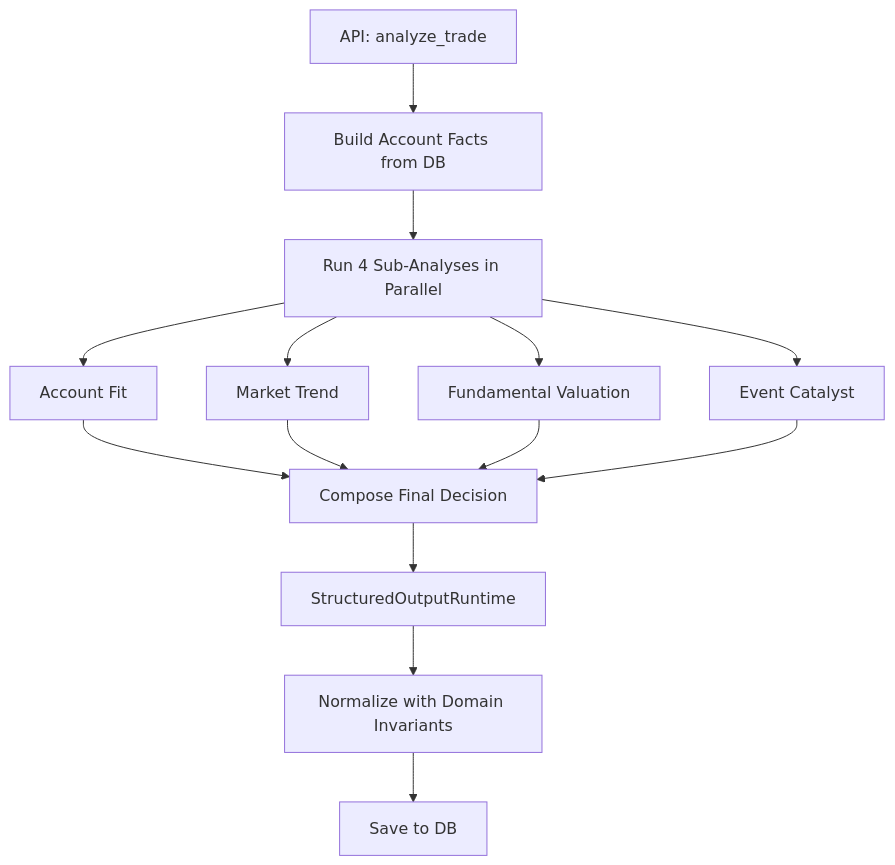
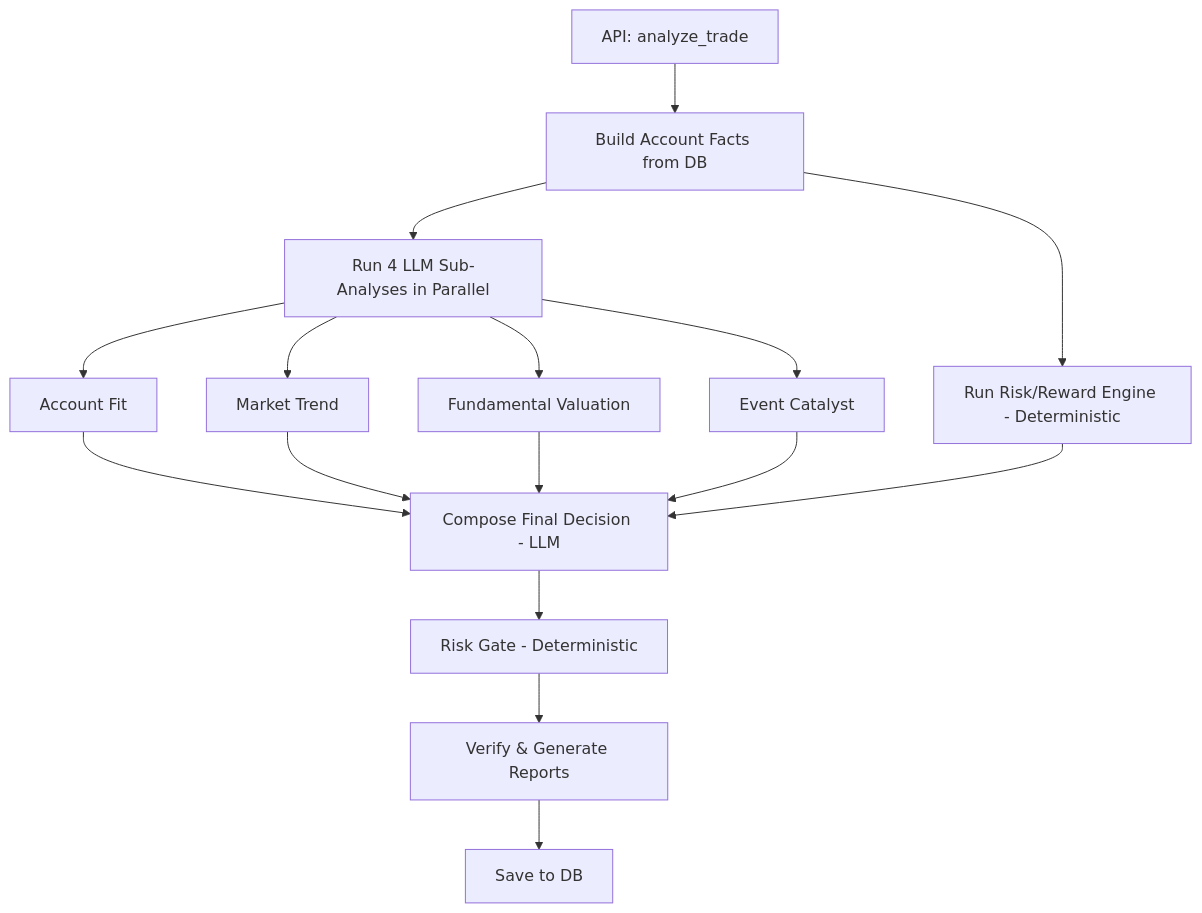
The first of 2 diagrams in docs/docs/agents/trade-decision.md (XUranus/ibkr-dash), drawn with Mermaid before and after one commit. The commit also changed other lines of this file and 5 other files, not shown here.

First line of the commit message:
docs: update README and docs for deterministic engines, risk gate, and new services

````diff
--- a/docs/docs/agents/trade-decision.md
+++ b/docs/docs/agents/trade-decision.md
@@ -13,19 +13,21 @@
 ```mermaid
 flowchart TD
     A[API: analyze_trade] --> B[Build Account Facts from DB]
-    B --> C[Run 4 Sub-Analyses in Parallel]
+    B --> C[Run 4 LLM Sub-Analyses in Parallel]
+    B --> D[Run Risk/Reward Engine - Deterministic]
 
-    C --> D[Account Fit]
-    C --> E[Market Trend]
-    C --> F[Fundamental Valuation]
-    C --> G[Event Catalyst]
+    C --> E[Account Fit]
+    C --> F[Market Trend]
+    C --> G[Fundamental Valuation]
+    C --> H[Event Catalyst]
 
-    D --> H[Compose Final Decision]
-    E --> H
-    F --> H
-    G --> H
+    E --> I[Compose Final Decision - LLM]
+    F --> I
+    G --> I
+    H --> I
+    D --> I
 
-    H --> I[StructuredOutputRuntime]
-    I --> J[Normalize with Domain Invariants]
-    J --> K[Save to DB]
+    I --> J[Risk Gate - Deterministic]
+    J --> K[Verify & Generate Reports]
+    K --> L[Save to DB]
 ```
````
